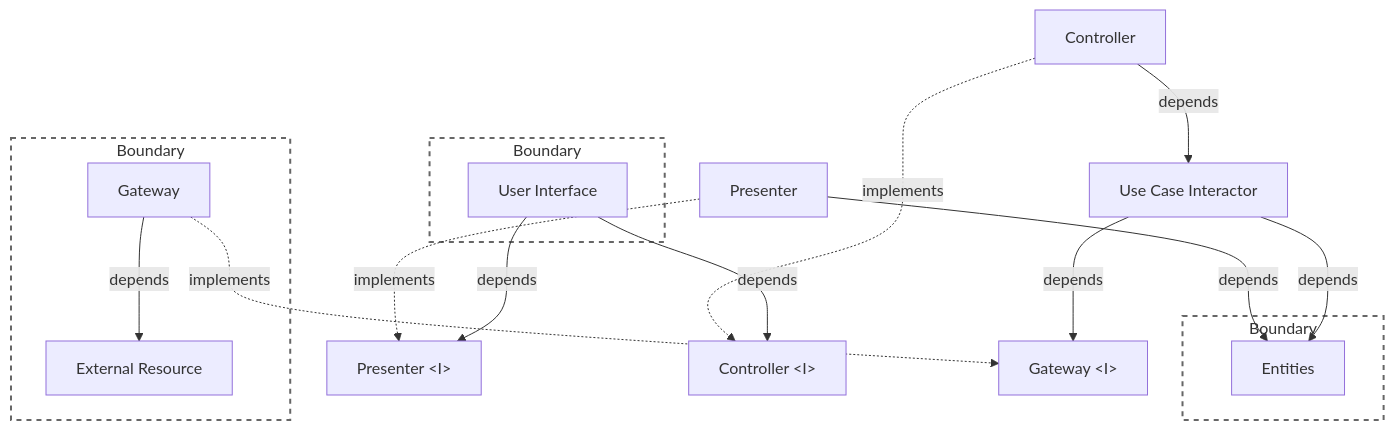
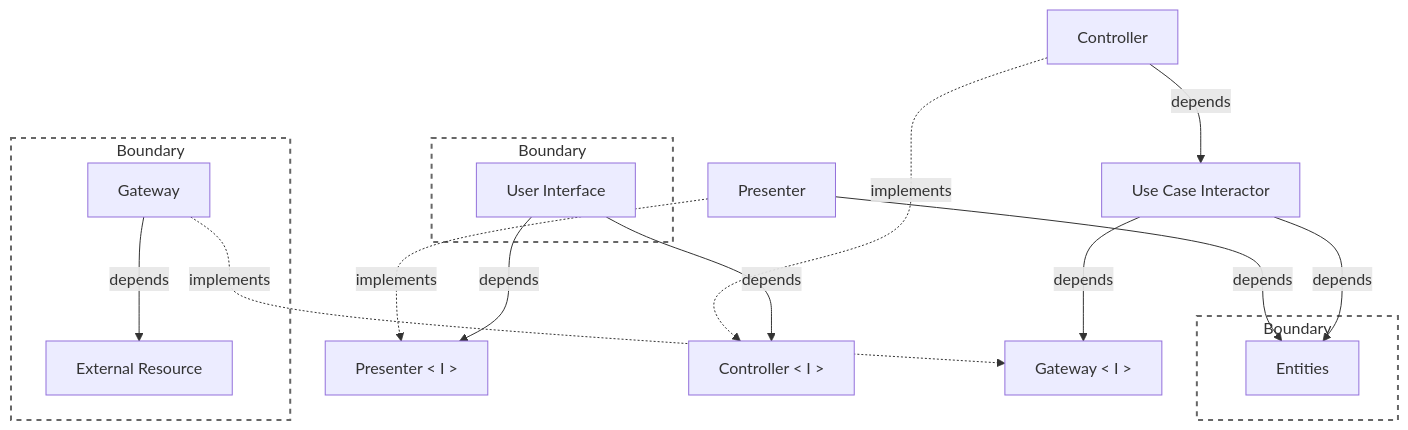
The eighth of 16 diagrams in docs/architecture.md (clean-reactive/documentation), drawn with Mermaid before and after one commit. The commit also changed other lines of this file, not shown here.

Commit message:
Docs: fix < > in mermaid

````diff
--- a/docs/architecture.md
+++ b/docs/architecture.md
@@ -569,40 +569,40 @@
 ```mermaid
 graph TD
 
 subgraph B1["Boundary"]
   G["Gateway"]
   ER["External Resource"]
 end
 
 subgraph B2["Boundary"]
   UI["User Interface"]
 end
 
 subgraph B3["Boundary"]
   E["Entities"]
 end
 
 P["Presenter"]
 C["Controller"]
-PI["Presenter &lt;I&gt;"]
-CI["Controller &lt;I&gt;"]
-GI["Gateway &lt;I&gt;"]
+PI["Presenter < I >"]
+CI["Controller < I >"]
+GI["Gateway < I >"]
 UC["Use Case Interactor"]
 
 %% implementation relation
 P -. implements .-> PI
 C -. implements .-> CI
 G -. implements .-> GI
 
 %% dependency relation
 UI -- depends --> PI
 UI -- depends --> CI
 C -- depends --> UC
 P -- depends --> E
 UC -- depends --> E
 UC -- depends --> GI
 G -- depends --> ER
 
 classDef boundary fill:none,stroke:#666,stroke-width:2px,stroke-dasharray: 5 5;
 class B1,B2,B3 boundary;
 ```
````
